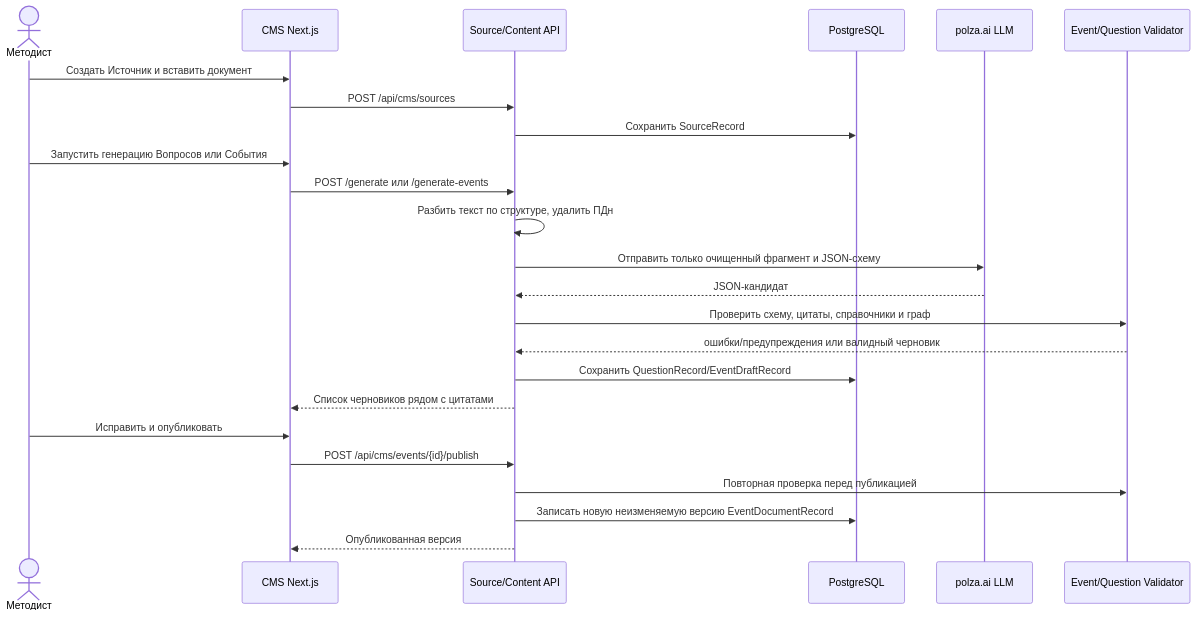
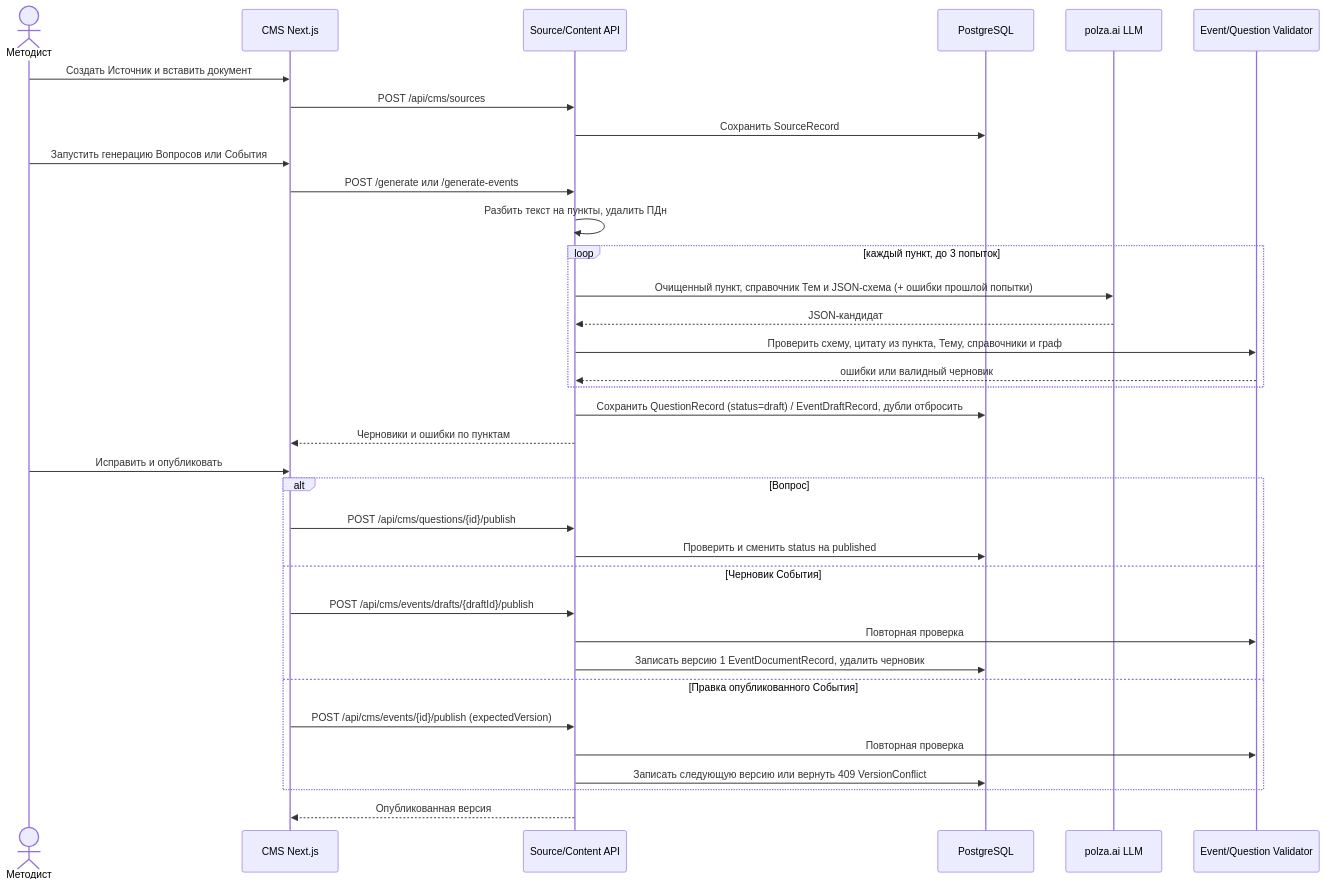
Before and after one commit to MolinRE/TurboSquadApp: the fourth of 5 diagrams in docs/architecture.md, drawn with Mermaid. The commit also changed other lines of this file, not shown here.

````diff
--- a/docs/architecture.md
+++ b/docs/architecture.md
@@ -387,27 +221,38 @@
 ```mermaid
 sequenceDiagram
     actor M as Методист
     participant F as CMS Next.js
     participant A as Source/Content API
     participant D as PostgreSQL
     participant G as polza.ai LLM
     participant V as Event/Question Validator
 
     M->>F: Создать Источник и вставить документ
     F->>A: POST /api/cms/sources
     A->>D: Сохранить SourceRecord
     M->>F: Запустить генерацию Вопросов или События
     F->>A: POST /generate или /generate-events
-    A->>A: Разбить текст по структуре, удалить ПДн
-    A->>G: Отправить только очищенный фрагмент и JSON-схему
-    G-->>A: JSON-кандидат
-    A->>V: Проверить схему, цитаты, справочники и граф
-    V-->>A: ошибки/предупреждения или валидный черновик
-    A->>D: Сохранить QuestionRecord/EventDraftRecord
-    A-->>F: Список черновиков рядом с цитатами
+    A->>A: Разбить текст на пункты, удалить ПДн
+    loop каждый пункт, до 3 попыток
+        A->>G: Очищенный пункт, справочник Тем и JSON-схема (+ ошибки прошлой попытки)
+        G-->>A: JSON-кандидат
+        A->>V: Проверить схему, цитату из пункта, Тему, справочники и граф
+        V-->>A: ошибки или валидный черновик
+    end
+    A->>D: Сохранить QuestionRecord (status=draft) / EventDraftRecord, дубли отбросить
+    A-->>F: Черновики и ошибки по пунктам
     M->>F: Исправить и опубликовать
-    F->>A: POST /api/cms/events/{id}/publish
-    A->>V: Повторная проверка перед публикацией
-    A->>D: Записать новую неизменяемую версию EventDocumentRecord
+    alt Вопрос
+        F->>A: POST /api/cms/questions/{id}/publish
+        A->>D: Проверить и сменить status на published
+    else Черновик События
+        F->>A: POST /api/cms/events/drafts/{draftId}/publish
+        A->>V: Повторная проверка
+        A->>D: Записать версию 1 EventDocumentRecord, удалить черновик
+    else Правка опубликованного События
+        F->>A: POST /api/cms/events/{id}/publish (expectedVersion)
+        A->>V: Повторная проверка
+        A->>D: Записать следующую версию или вернуть 409 VersionConflict
+    end
     A-->>F: Опубликованная версия
 ```
````
